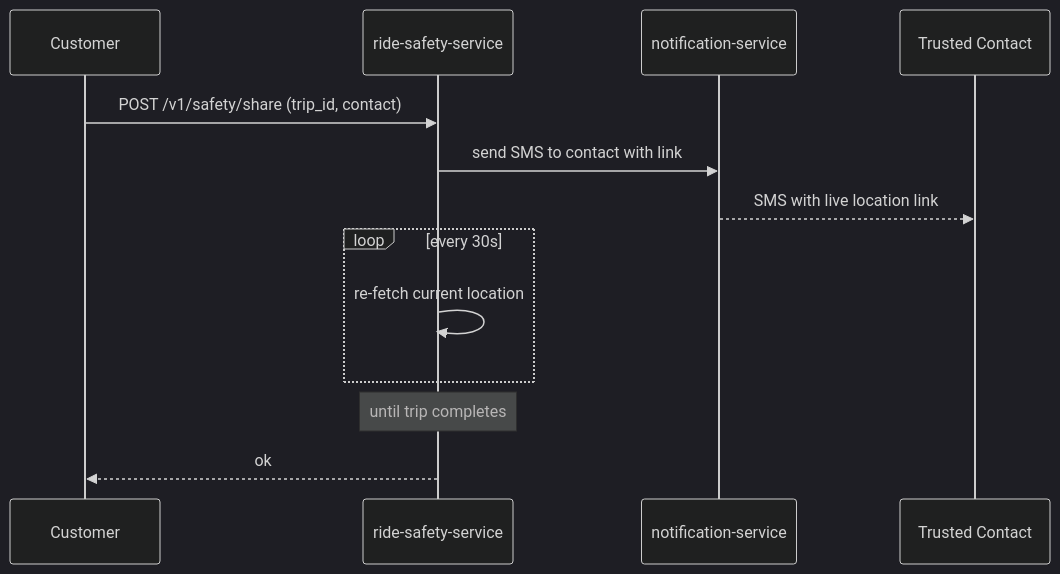
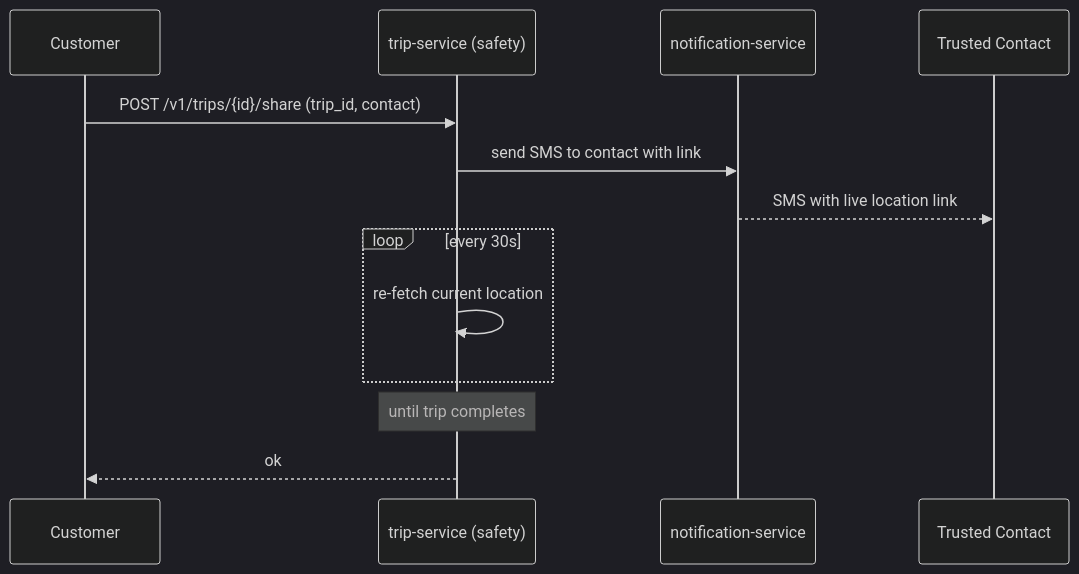
One commit to mohamedhabibwork/trips-enjoy-docs changed the third of 10 diagrams in docs/workflows/SAFETY_WORKFLOWS.md. Above: the diagram before and after it, drawn with Mermaid (dark theme). The commit also changed other lines of this file and 525 other files, not shown here.

````diff
--- a/docs/workflows/SAFETY_WORKFLOWS.md
+++ b/docs/workflows/SAFETY_WORKFLOWS.md
@@ -56,16 +59,16 @@
 ```mermaid
 sequenceDiagram
     participant C as Customer
-    participant RS as ride-safety-service
+    participant TR as trip-service (safety)
     participant NOT as notification-service
     participant TC as Trusted Contact
 
-    C->>RS: POST /v1/safety/share (trip_id, contact)
-    RS->>NOT: send SMS to contact with link
+    C->>TR: POST /v1/trips/{id}/share (trip_id, contact)
+    TR->>NOT: send SMS to contact with link
     NOT-->>TC: SMS with live location link
     loop every 30s
-        RS->>RS: re-fetch current location
+        TR->>TR: re-fetch current location
     end
-    Note over RS: until trip completes
-    RS-->>C: ok
+    Note over TR: until trip completes
+    TR-->>C: ok
 ```
````
